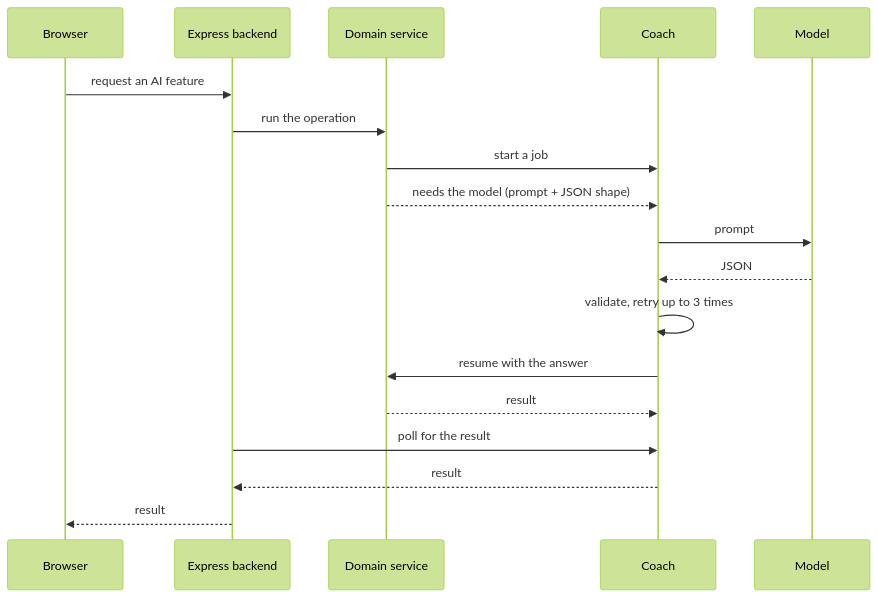
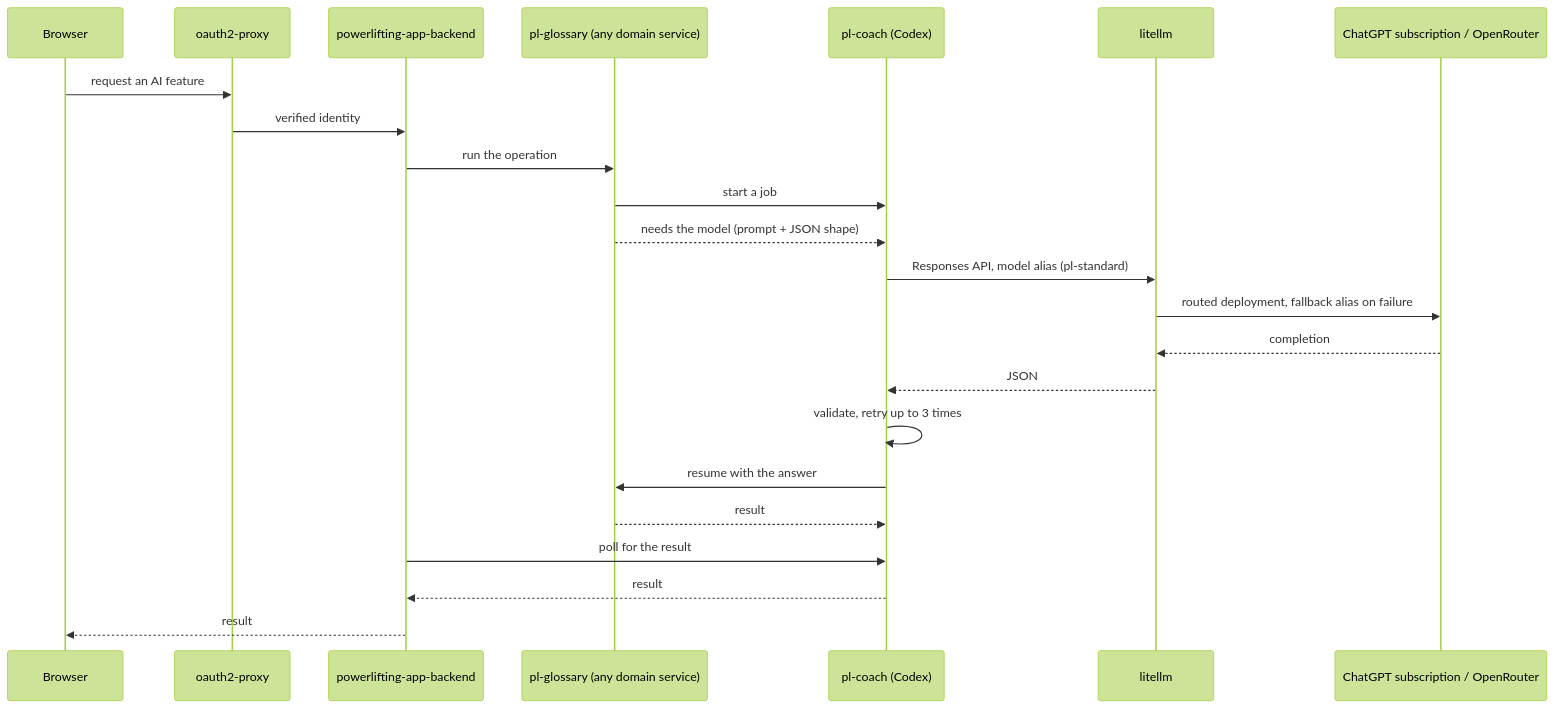
Before and after one commit to PierreStephaneVoltaire/ai-powerlifting: the first of 7 diagrams in README.md, drawn with Mermaid (forest theme). The commit also changed other lines of this file, not shown here.

````diff
--- a/README.md
+++ b/README.md
@@ -164,20 +164,25 @@
 ```mermaid
 sequenceDiagram
   participant UI as Browser
-  participant BE as Express backend
-  participant SVC as Domain service
-  participant C as Coach
-  participant M as Model
-  UI->>BE: request an AI feature
+  participant OP as oauth2-proxy
+  participant BE as powerlifting-app-backend
+  participant SVC as pl-glossary (any domain service)
+  participant C as pl-coach (Codex)
+  participant L as litellm
+  participant P as ChatGPT subscription / OpenRouter
+  UI->>OP: request an AI feature
+  OP->>BE: verified identity
   BE->>SVC: run the operation
   SVC->>C: start a job
   SVC-->>C: needs the model (prompt + JSON shape)
-  C->>M: prompt
-  M-->>C: JSON
+  C->>L: Responses API, model alias (pl-standard)
+  L->>P: routed deployment, fallback alias on failure
+  P-->>L: completion
+  L-->>C: JSON
   C->>C: validate, retry up to 3 times
   C->>SVC: resume with the answer
   SVC-->>C: result
   BE->>C: poll for the result
   C-->>BE: result
   BE-->>UI: result
 ```
````
